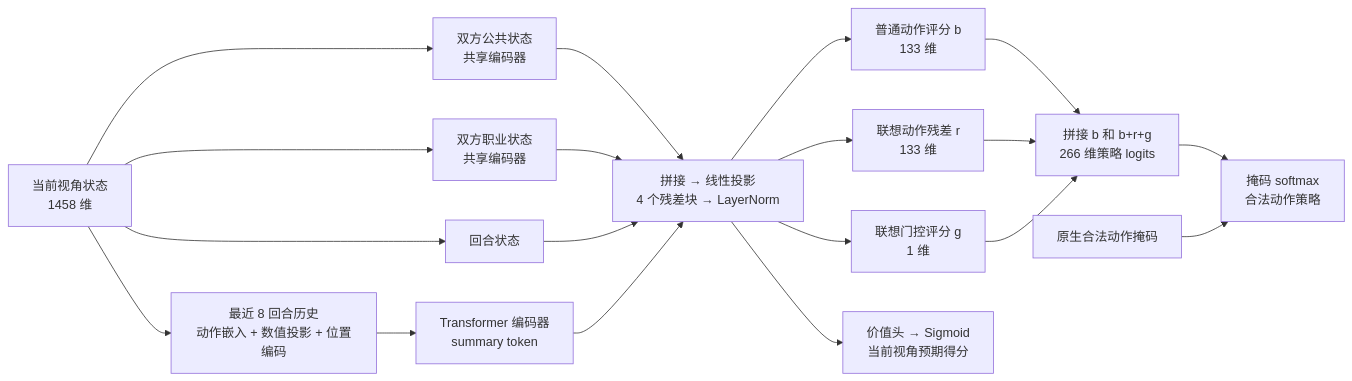
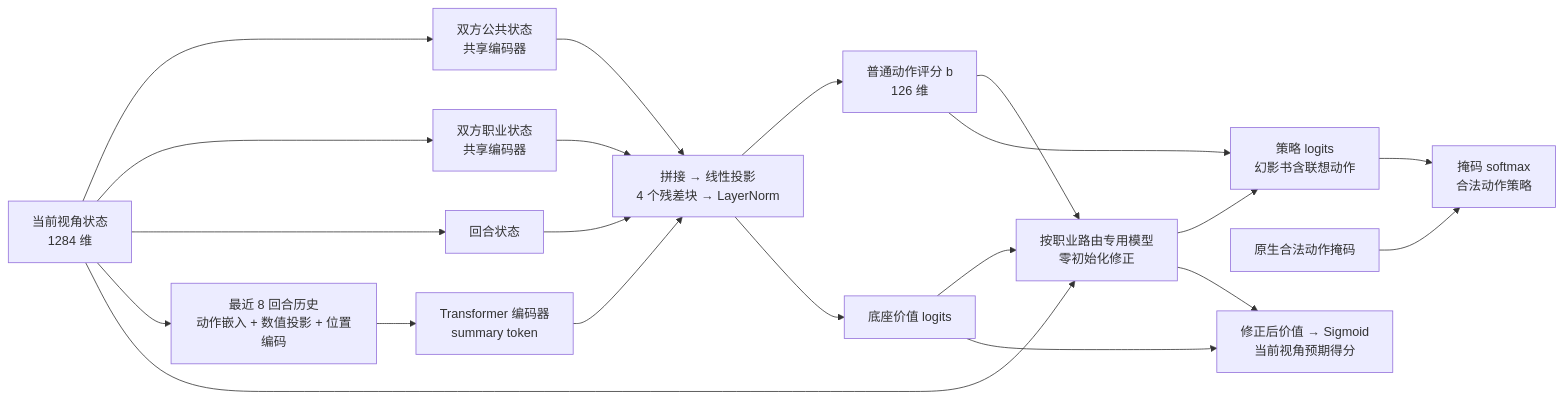
One commit to NeonNickNick/blacksmith.cpp changed the diagram in README.md. Above: the diagram before and after it, drawn with Mermaid. The commit also changed other lines of this file and 38 other files, not shown here.

Commit message:
update: new architecture

````diff
--- a/README.md
+++ b/README.md
@@ -18,23 +18,25 @@
 ```mermaid
 flowchart LR
-    observation["当前视角状态<br/>1458 维"]
+    observation["当前视角状态<br/>1284 维"]
     public["双方公共状态<br/>共享编码器"]
     profession["双方职业状态<br/>共享编码器"]
     global["回合状态"]
     history["最近 8 回合历史<br/>动作嵌入 + 数值投影 + 位置编码"]
     transformer["Transformer 编码器<br/>summary token"]
     trunk["拼接 → 线性投影<br/>4 个残差块 → LayerNorm"]
-    base["普通动作评分 b<br/>133 维"]
-    residual["联想动作残差 r<br/>133 维"]
-    gate["联想门控评分 g<br/>1 维"]
-    logits["拼接 b 和 b+r+g<br/>266 维策略 logits"]
+    base["普通动作评分 b<br/>126 维"]
+    expert["按职业路由专用模型<br/>零初始化修正"]
+    logits["策略 logits<br/>幻影书含联想动作"]
     mask["原生合法动作掩码"]
     policy["掩码 softmax<br/>合法动作策略"]
-    value["价值头 → Sigmoid<br/>当前视角预期得分"]
+    basevalue["底座价值 logits"]
+    value["修正后价值 → Sigmoid<br/>当前视角预期得分"]
     observation --> public & profession & global & history
     history --> transformer
     public & profession & global & transformer --> trunk
-    trunk --> base & residual & gate & value
-    base & residual & gate --> logits
+    trunk --> base & basevalue
+    observation & base & basevalue --> expert
+    base & expert --> logits
+    basevalue & expert --> value
     logits & mask --> policy
 ```
````
